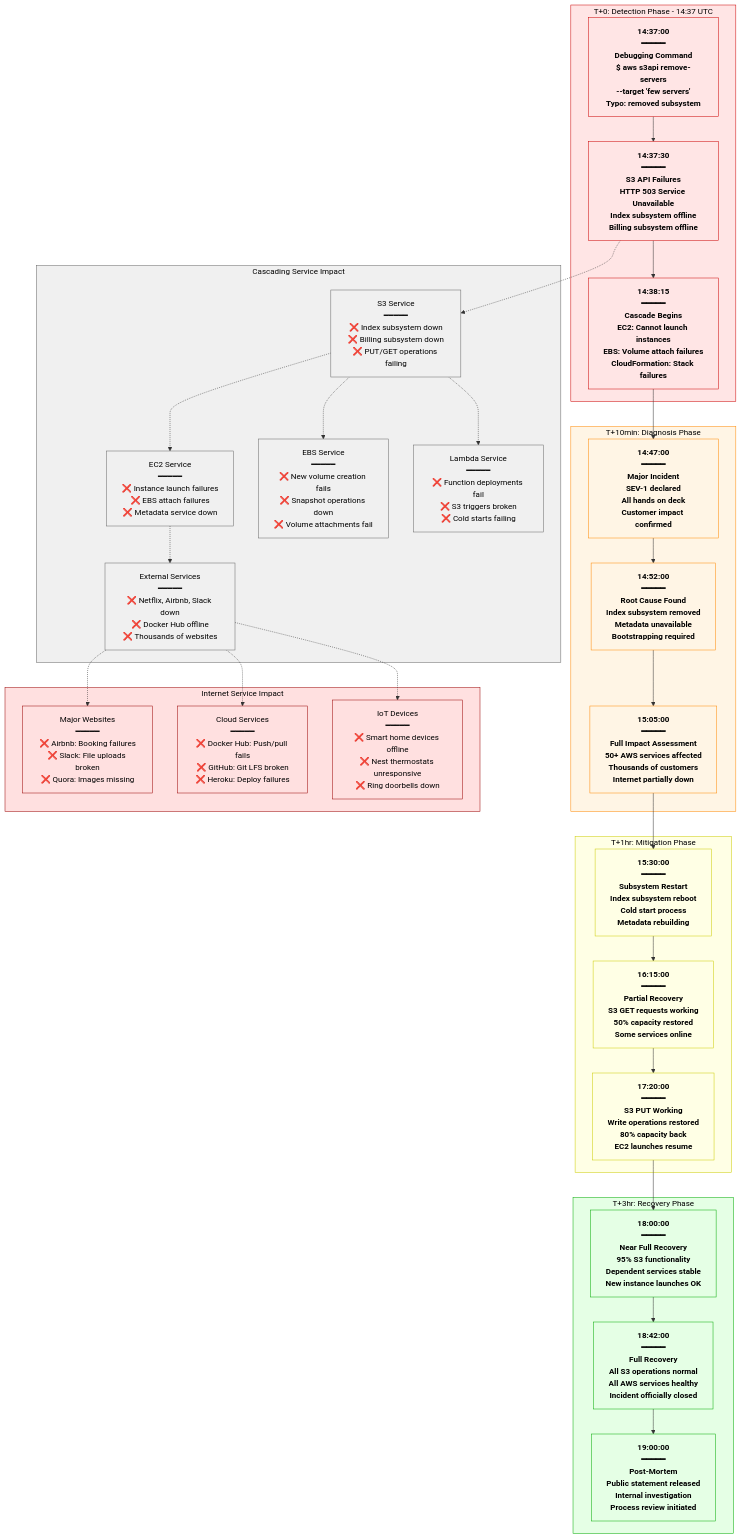
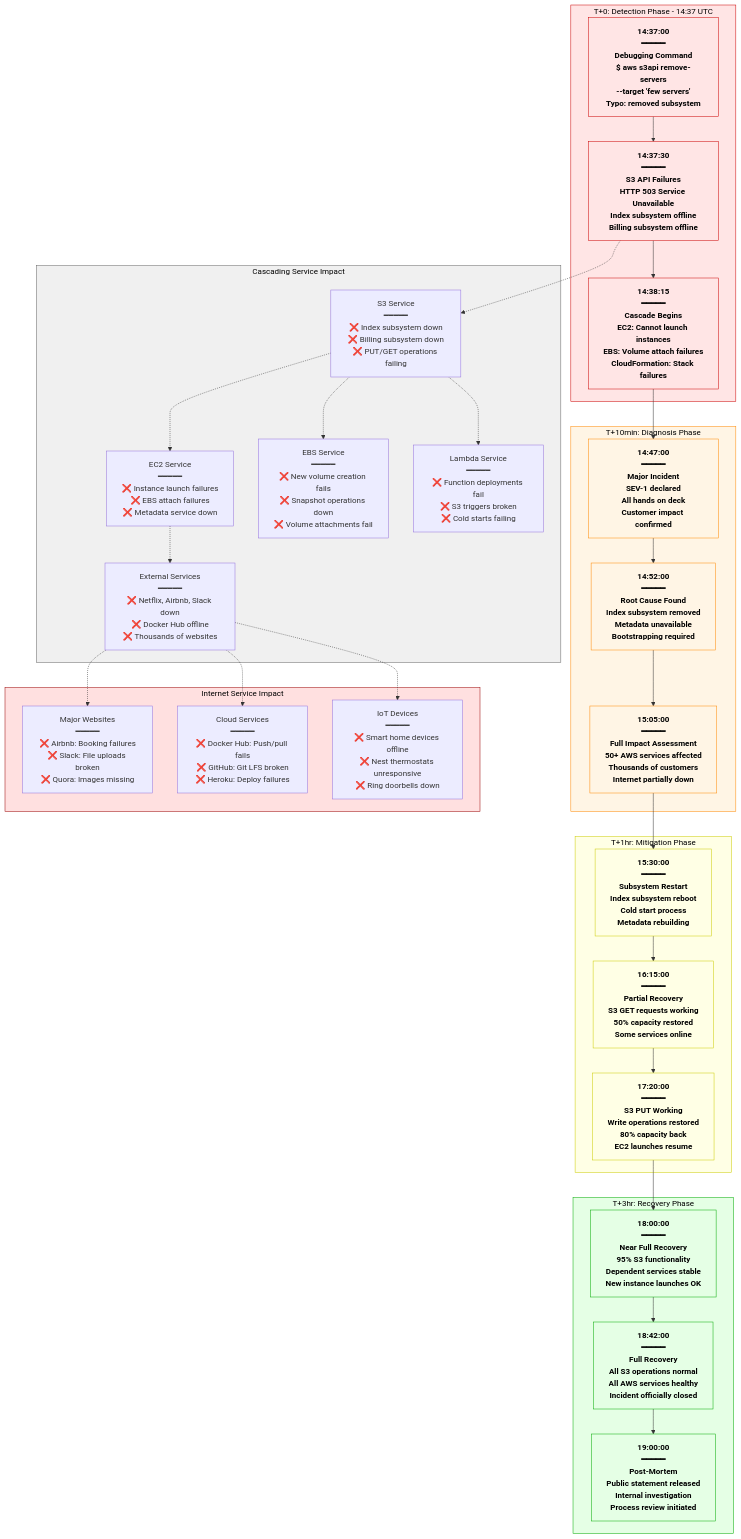
The first of 2 diagrams in site/docs/incidents/aws-s3-2017.md (deepaucksharma/DS), drawn with Mermaid before and after one commit. The commit also changed other lines of this file and 108 other files, not shown here.

```diff
--- a/site/docs/incidents/aws-s3-2017.md
+++ b/site/docs/incidents/aws-s3-2017.md
@@ -102,13 +106,15 @@
     ExternalImpact -.-> CloudImpact
     ExternalImpact -.-> IoTImpact
 
-    %% Apply timeline colors
+    %% Apply 4-plane architecture colors and timeline progression
     classDef detectStyle fill:#FFE5E5,stroke:#CC0000,color:#000,font-weight:bold
     classDef diagnoseStyle fill:#FFF5E5,stroke:#FF8800,color:#000,font-weight:bold
     classDef mitigateStyle fill:#FFFFE5,stroke:#CCCC00,color:#000,font-weight:bold
     classDef recoverStyle fill:#E5FFE5,stroke:#00AA00,color:#000,font-weight:bold
-    classDef impactStyle fill:#F0F0F0,stroke:#666666,color:#000
-    classDef internetStyle fill:#FFE0E0,stroke:#990000,color:#000
+    classDef edgeStyle fill:#0066CC,color:#fff
+    classDef serviceStyle fill:#00AA00,color:#fff
+    classDef stateStyle fill:#FF8800,color:#fff
+    classDef controlStyle fill:#CC0000,color:#fff
 
     class Start,Alert1,Alert2 detectStyle
     class Incident,RootCause,Impact diagnoseStyle
```
